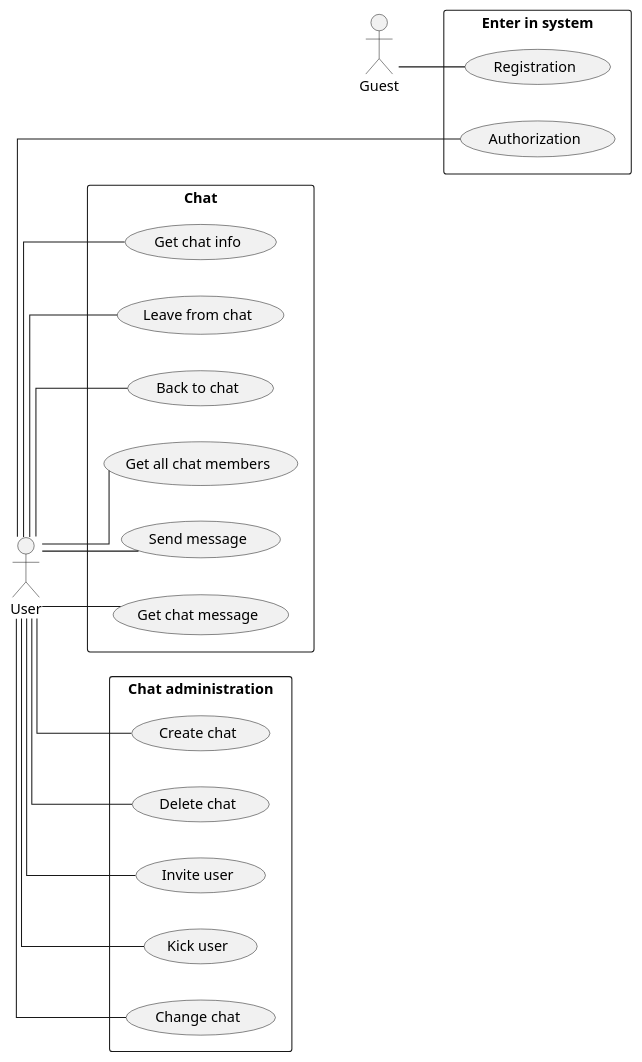
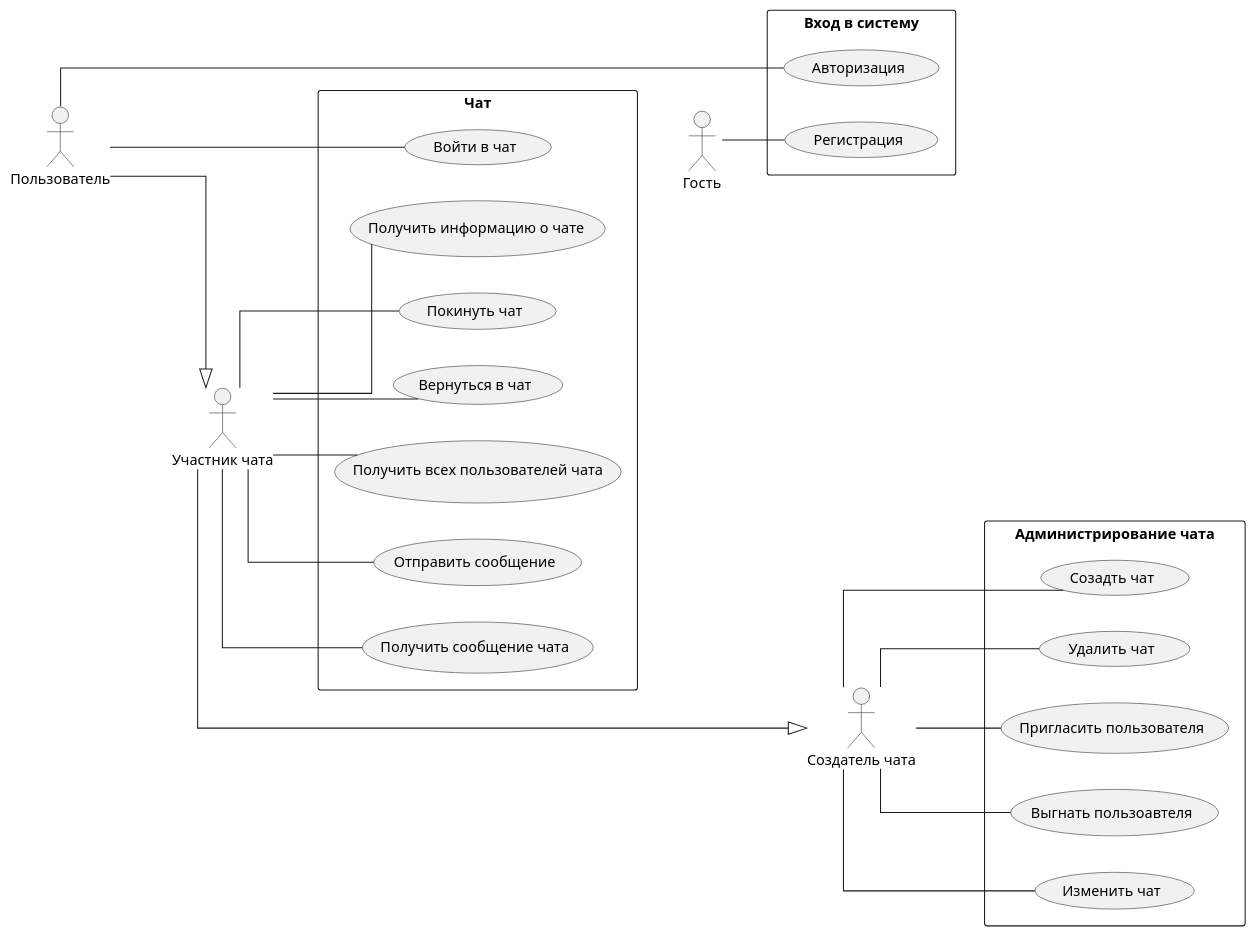
One commit to AlexandrovDaniil/evraz_project1 changed the diagram in docs/Usecase.puml. Above: the diagram before and after it, drawn with PlantUML. The commit also changed 14 other files, not shown here.

```diff
--- a/docs/Usecase.puml
+++ b/docs/Usecase.puml
@@ -1,55 +1,60 @@
 @startuml
 'https://plantuml.com/use-case-diagram
 left to right direction
 skinparam linetype ortho
 
-rectangle "Enter in system" {
-usecase "Registration" as registration
-usecase "Authorization" as authorization
+rectangle "Вход в систему" {
+usecase "Регистрация" as registration
+usecase "Авторизация" as authorization
 }
 
-rectangle "Chat" {
-usecase "Get chat info" as get_chat_info
-usecase "Leave from chat" as leave_chat
-usecase "Back to chat" as back_chat
-usecase "Get all chat members" as get_chat_members
-usecase "Send message" as send_message
-usecase "Get chat message" as get_chat_message
+rectangle "Чат" {
+usecase "Войти в чат" as start_chat
+usecase "Получить информацию о чате" as get_chat_info
+usecase "Покинуть чат" as leave_chat
+usecase "Вернуться в чат" as back_chat
+usecase "Получить всех пользователей чата" as get_chat_members
+usecase "Отправить сообщение" as send_message
+usecase "Получить сообщение чата" as get_chat_message
 }
 
-rectangle "Chat administration" {
-usecase "Create chat" as create_chat
-usecase "Delete chat" as delete_chat
-usecase "Invite user" as invite_user
-usecase "Kick user" as kick_user
-usecase "Change chat" as change_chat
+rectangle "Администрирование чата" {
+usecase "Созадть чат" as create_chat
+usecase "Удалить чат" as delete_chat
+usecase "Пригласить пользователя" as invite_user
+usecase "Выгнать пользоавтеля" as kick_user
+usecase "Изменить чат" as change_chat
 }
 
 
-:Guest: as Guest
+:Гость: as Guest
 
-Guest -- registration
+ Guest -- registration
 
-:User: as User
+:Пользователь: as User
 
-User ---- authorization
-User -- get_chat_info
-User -- leave_chat
-User -- back_chat
-User -- get_chat_members
-User -- send_message
-User -- get_chat_message
+User -- start_chat
+User ----- authorization
 
-':Super User: as Super_User
+:Участник чата: as Chat_member
 
 
-User -- create_chat
-User -- delete_chat
-User -- invite_user
-User -- kick_user
-User -- change_chat
+Chat_member -- get_chat_info
+Chat_member -- leave_chat
+Chat_member -- back_chat
+Chat_member -- get_chat_members
+Chat_member -- send_message
+Chat_member -- get_chat_message
+
+:Создатель чата: as Super_User
+
+Super_User -- create_chat
+Super_User -- delete_chat
+Super_User -- invite_user
+Super_User -- kick_user
+Super_User -- change_chat
 
 
-'User ---|> Super_User
-
+Chat_member ----|> Super_User
+User --|> Chat_member
 @enduml
```
